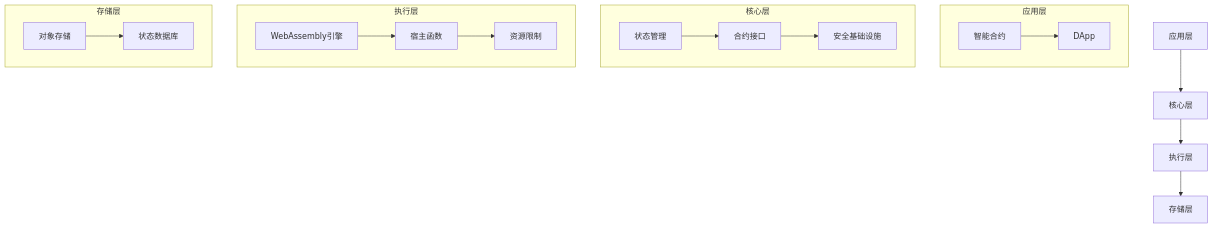
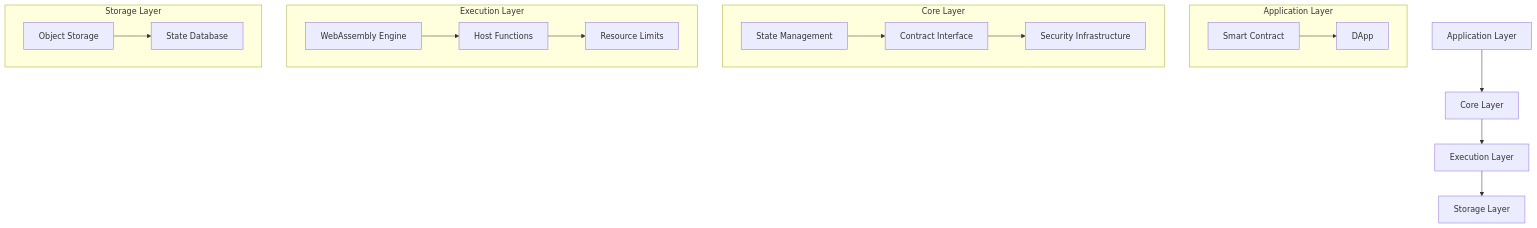
The diagram in README.md (govm-net/vm), drawn with Mermaid before and after one commit. The commit also changed other lines of this file and 32 other files, not shown here.

````diff
--- a/README.md
+++ b/README.md
@@ -168,24 +208,24 @@
 ```mermaid
 graph TD
-    A[应用层] --> B[核心层]
-    B --> C[执行层]
-    C --> D[存储层]
+    A[Application Layer] --> B[Core Layer]
+    B --> C[Execution Layer]
+    C --> D[Storage Layer]
     
-    subgraph "应用层"
-    A1[智能合约] --> A2[DApp]
+    subgraph "Application Layer"
+    A1[Smart Contract] --> A2[DApp]
     end
     
-    subgraph "核心层"
-    B1[状态管理] --> B2[合约接口]
-    B2 --> B3[安全基础设施]
+    subgraph "Core Layer"
+    B1[State Management] --> B2[Contract Interface]
+    B2 --> B3[Security Infrastructure]
     end
     
-    subgraph "执行层"
-    C1[WebAssembly引擎] --> C2[宿主函数]
-    C2 --> C3[资源限制]
+    subgraph "Execution Layer"
+    C1[WebAssembly Engine] --> C2[Host Functions]
+    C2 --> C3[Resource Limits]
     end
     
-    subgraph "存储层"
-    D1[对象存储] --> D2[状态数据库]
+    subgraph "Storage Layer"
+    D1[Object Storage] --> D2[State Database]
     end
 ```
````
